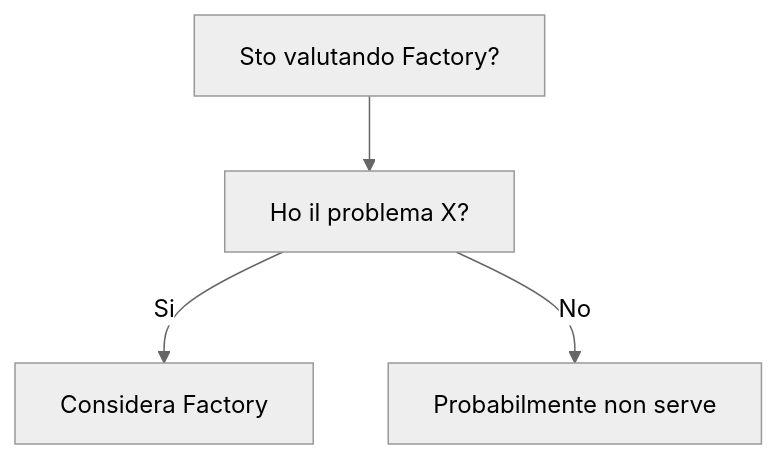
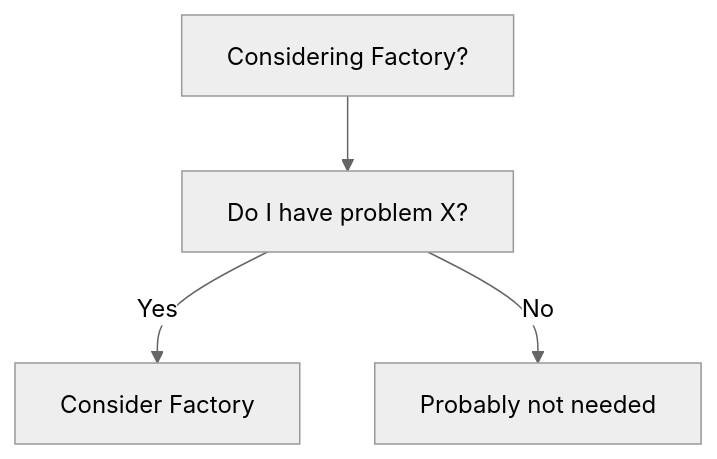
One commit to HxT9/Software-Dev-Wiki changed the diagram in dev-wiki/03_Design_Patterns/Creational/Factory/When_To_Use.md. Above: the diagram before and after it, drawn with Mermaid (neutral theme). The commit also changed other lines of this file and 3444 other files, not shown here.

````diff
--- a/dev-wiki/03_Design_Patterns/Creational/Factory/When_To_Use.md
+++ b/dev-wiki/03_Design_Patterns/Creational/Factory/When_To_Use.md
@@ -19,6 +19,6 @@
 ```mermaid
 flowchart TD
-  Q[Sto valutando Factory?] --> Q1[Ho il problema X?]
-  Q1 -->|Si| OK[Considera Factory]
-  Q1 -->|No| NO[Probabilmente non serve]
+  Q[Considering Factory?] --> Q1[Do I have problem X?]
+  Q1 -->|Yes| OK[Consider Factory]
+  Q1 -->|No| NO[Probably not needed]
 ```
````
